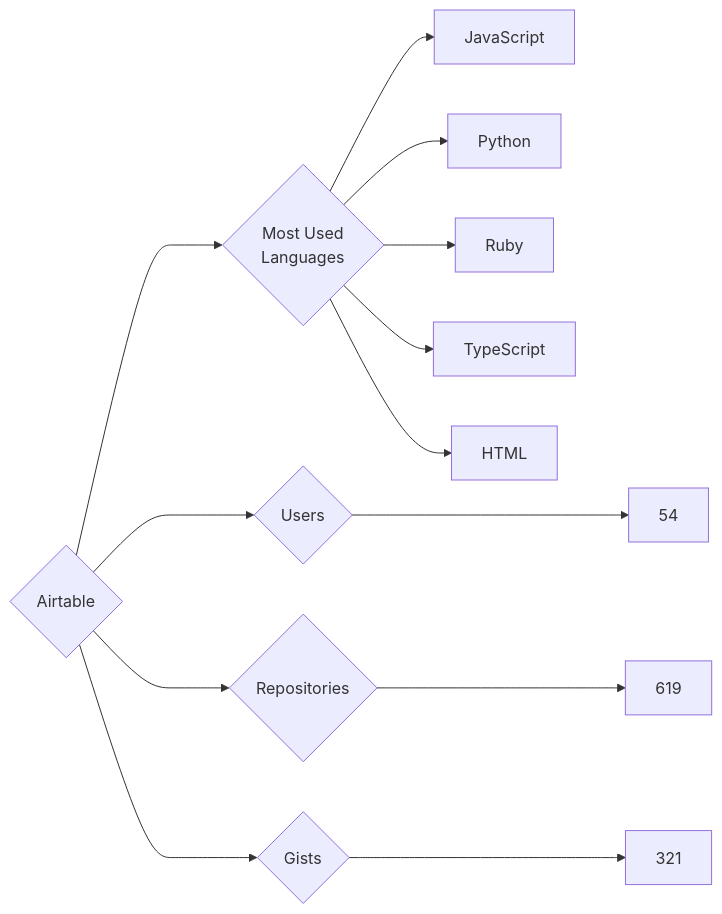
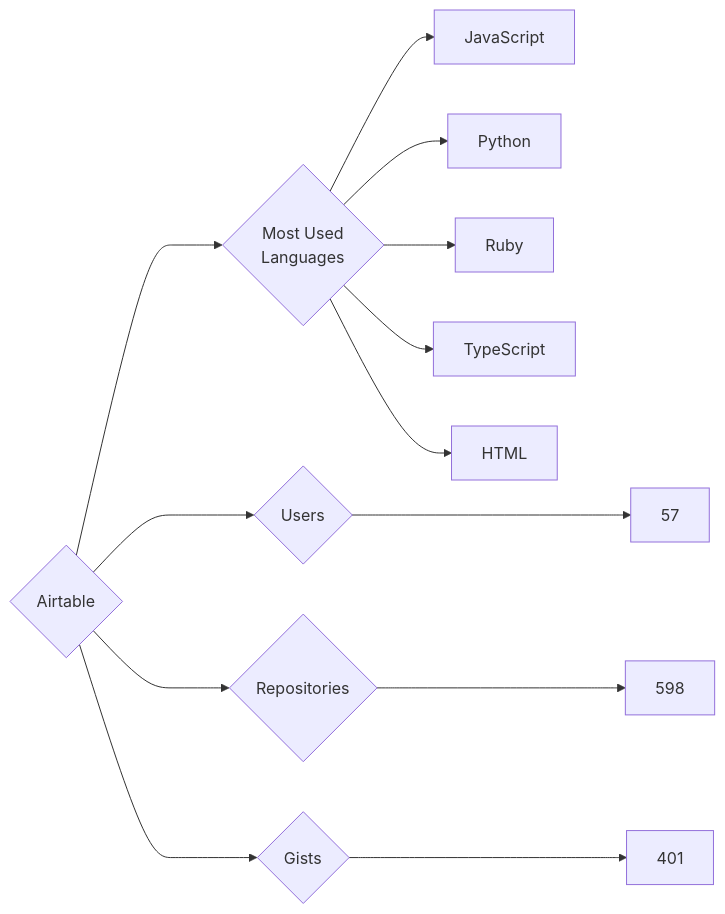
The diagram in targets/Airtable/README.md (trickest/insiders), drawn with Mermaid before and after one commit. The commit also changed 953 other files, not shown here.

````diff
--- a/targets/Airtable/README.md
+++ b/targets/Airtable/README.md
@@ -3,13 +3,13 @@
 ```mermaid
 graph LR
 COMPANY_NAME{Airtable}
-COMPANY_NAME ---> U{Users} ---> UN[54]
-COMPANY_NAME ---> R{Repositories} ---> RN[619]
-COMPANY_NAME ---> G{Gists} ---> GN[321]
+COMPANY_NAME ---> U{Users} ---> UN[57]
+COMPANY_NAME ---> R{Repositories} ---> RN[598]
+COMPANY_NAME ---> G{Gists} ---> GN[401]
 COMPANY_NAME ---> ML{Most Used<br>Languages}
 ML --> JavaScript[JavaScript]
 ML --> Python[Python]
 ML --> Ruby[Ruby]
 ML --> TypeScript[TypeScript]
 ML --> HTML[HTML]
 ```
````
